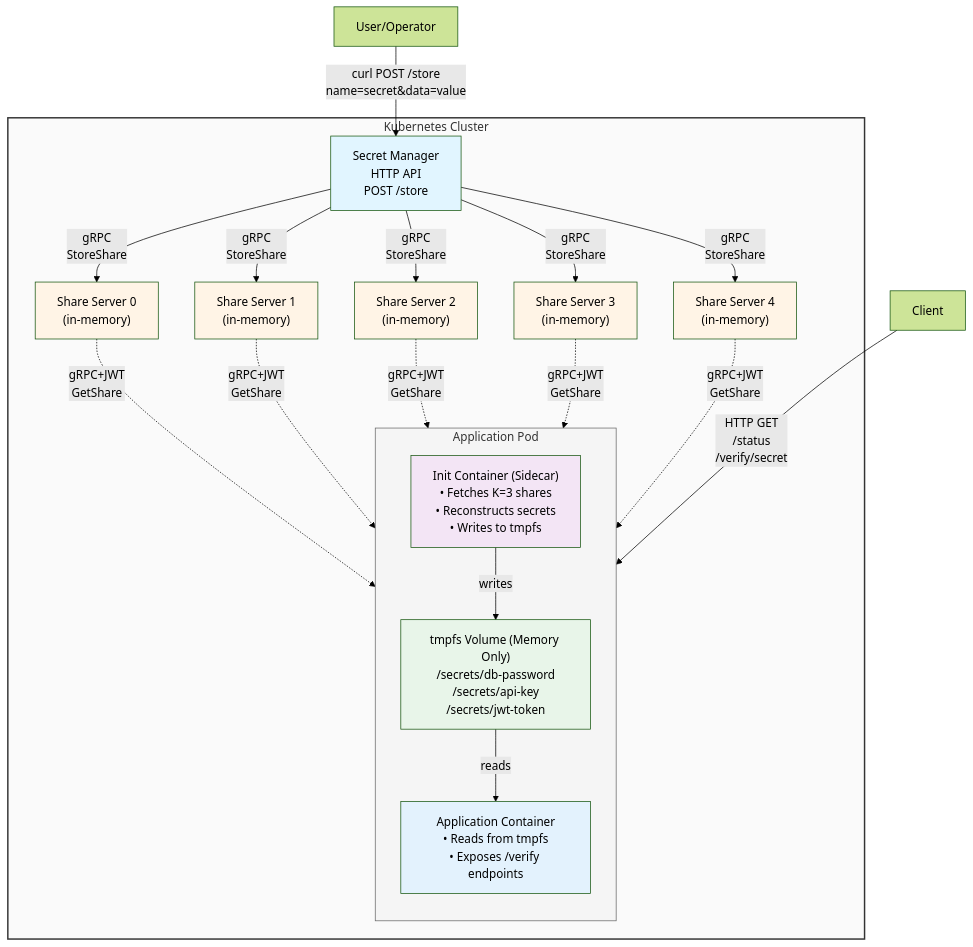
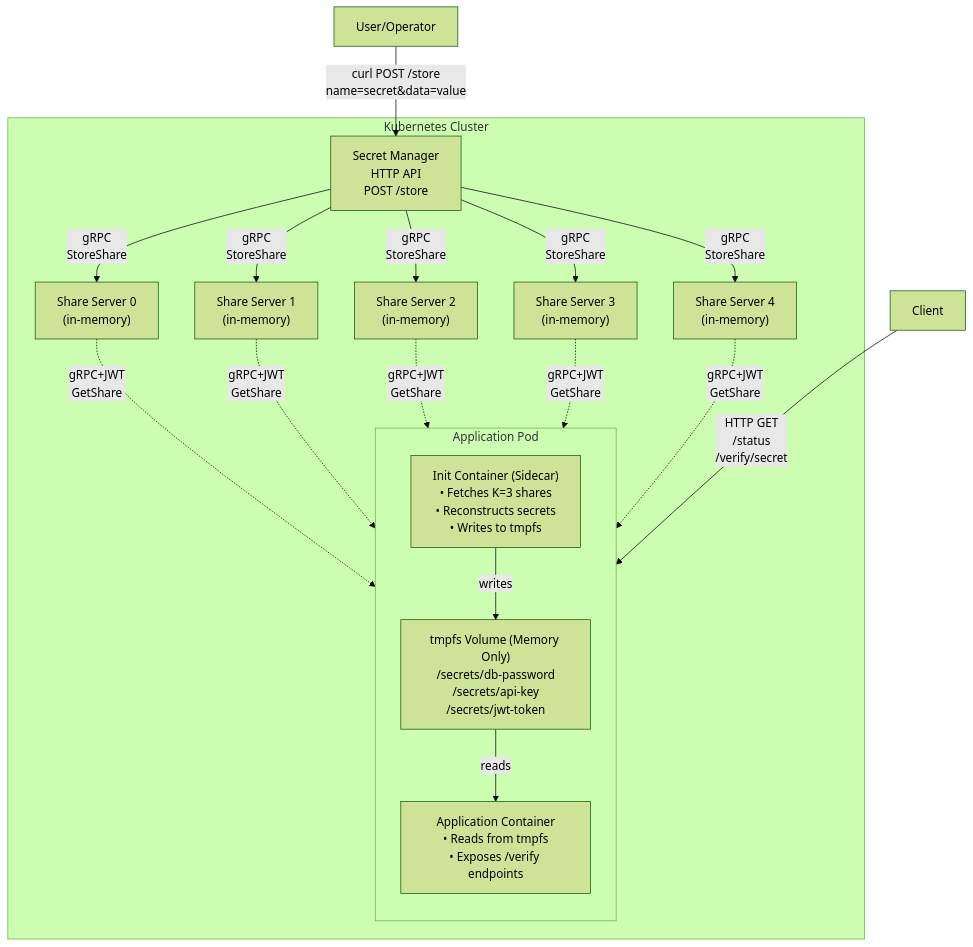
One commit to randilt/hyena-k8s changed the diagram in README.md. Above: the diagram before and after it, drawn with Mermaid (forest theme).

Commit message:
fix: Clean up README formatting and improve diagram clarity for secret management flow

````diff
--- a/README.md
+++ b/README.md
@@ -21,49 +21,37 @@
 ```mermaid
 graph TB
     subgraph k8s["Kubernetes Cluster"]
         subgraph pod["Application Pod"]
             direction TB
             app["Application Container<br/>• Reads from tmpfs<br/>• Exposes /verify endpoints"]
             tmpfs["tmpfs Volume (Memory Only)<br/>/secrets/db-password<br/>/secrets/api-key<br/>/secrets/jwt-token"]
             sidecar["Init Container (Sidecar)<br/>• Fetches K=3 shares<br/>• Reconstructs secrets<br/>• Writes to tmpfs"]
-            
+
             sidecar -->|"writes"| tmpfs
             tmpfs -->|"reads"| app
         end
-        
+
         sm["Secret Manager<br/>HTTP API<br/>POST /store"]
-        
+
         ss0["Share Server 0<br/>(in-memory)"]
         ss1["Share Server 1<br/>(in-memory)"]
         ss2["Share Server 2<br/>(in-memory)"]
         ss3["Share Server 3<br/>(in-memory)"]
         ss4["Share Server 4<br/>(in-memory)"]
-        
+
         sm -->|"gRPC<br/>StoreShare"| ss0
         sm -->|"gRPC<br/>StoreShare"| ss1
         sm -->|"gRPC<br/>StoreShare"| ss2
         sm -->|"gRPC<br/>StoreShare"| ss3
         sm -->|"gRPC<br/>StoreShare"| ss4
-        
+
         ss0 -.->|"gRPC+JWT<br/>GetShare"| sidecar
         ss1 -.->|"gRPC+JWT<br/>GetShare"| sidecar
         ss2 -.->|"gRPC+JWT<br/>GetShare"| sidecar
         ss3 -.->|"gRPC+JWT<br/>GetShare"| sidecar
         ss4 -.->|"gRPC+JWT<br/>GetShare"| sidecar
     end
-    
+
     user["User/Operator"] -->|"curl POST /store<br/>name=secret&data=value"| sm
     client["Client"] -->|"HTTP GET<br/>/status<br/>/verify/secret"| app
-    
-    style sm fill:#e1f5ff
-    style ss0 fill:#fff4e6
-    style ss1 fill:#fff4e6
-    style ss2 fill:#fff4e6
-    style ss3 fill:#fff4e6
-    style ss4 fill:#fff4e6
-    style sidecar fill:#f3e5f5
-    style tmpfs fill:#e8f5e9
-    style app fill:#e3f2fd
-    style k8s fill:#fafafa,stroke:#333,stroke-width:2px
-    style pod fill:#f5f5f5,stroke:#666,stroke-width:1px
 ```
````
